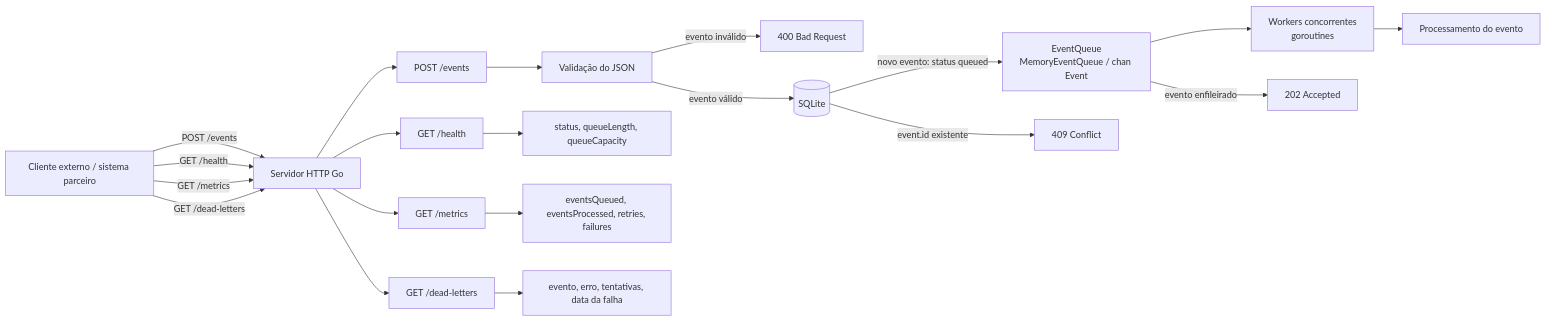
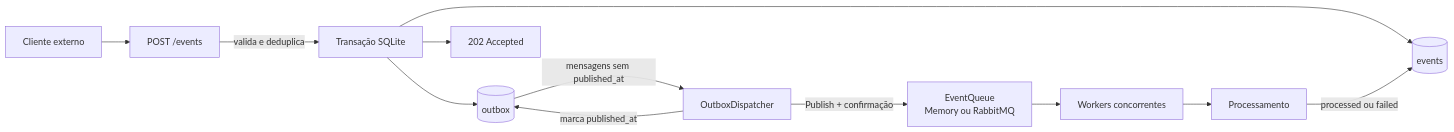
One commit to rafamguedes/go-webhook-processor changed the first of 3 diagrams in docs/architecture.md. Above: the diagram before and after it, drawn with Mermaid. The commit also changed other lines of this file and 15 other files, not shown here.

````diff
--- a/docs/architecture.md
+++ b/docs/architecture.md
@@ -7,36 +7,25 @@
 ```mermaid
 flowchart LR
-    client[Cliente externo / sistema parceiro]
-    api[Servidor HTTP Go]
+    client[Cliente externo]
     handler[POST /events]
-    validation[Validação do JSON]
-    queue[EventQueue<br/>MemoryEventQueue / chan Event]
-    workers[Workers concorrentes<br/>goroutines]
-    processor[Processamento do evento]
-    health[GET /health]
-    metrics[GET /metrics]
-    deadletters[GET /dead-letters]
+    transaction[Transação SQLite]
+    events[(events)]
+    outbox[(outbox)]
+    accepted[202 Accepted]
+    dispatcher[OutboxDispatcher]
+    queue[EventQueue<br/>Memory ou RabbitMQ]
+    workers[Workers concorrentes]
+    processor[Processamento]
 
-    client -->|POST /events| api
-    api --> handler
-    handler --> validation
-    validation -->|evento inválido| badRequest[400 Bad Request]
-    validation -->|evento válido| store[(SQLite)]
-    store -->|event.id existente| conflict[409 Conflict]
-    store -->|novo evento: status queued| queue
-    queue -->|evento enfileirado| accepted[202 Accepted]
+    client --> handler
+    handler -->|valida e deduplica| transaction
+    transaction --> events
+    transaction --> outbox
+    transaction --> accepted
+    outbox -->|mensagens sem published_at| dispatcher
+    dispatcher -->|Publish + confirmação| queue
+    dispatcher -->|marca published_at| outbox
     queue --> workers
     workers --> processor
-
-    client -->|GET /health| api
-    api --> health
-    health --> healthResponse[status, queueLength, queueCapacity]
-
-    client -->|GET /metrics| api
-    api --> metrics
-    metrics --> metricsResponse[eventsQueued, eventsProcessed, retries, failures]
-
-    client -->|GET /dead-letters| api
-    api --> deadletters
-    deadletters --> deadLetterResponse[evento, erro, tentativas, data da falha]
+    processor -->|processed ou failed| events
 ```
````
